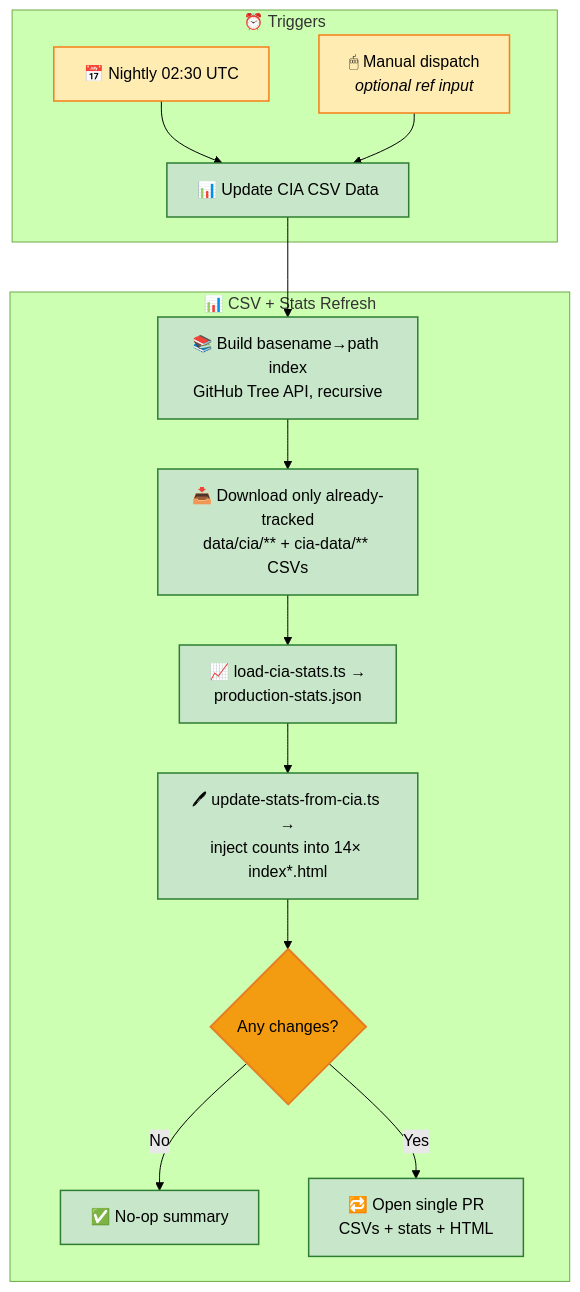
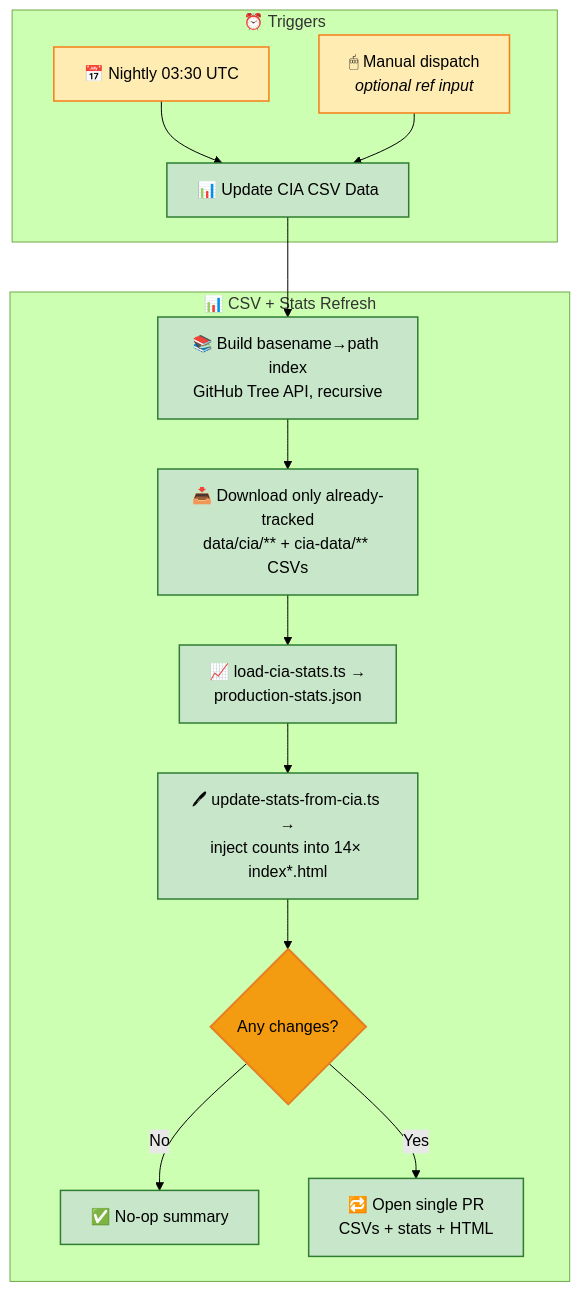
Before and after one commit to Hack23/riksdagsmonitor: the ninth of 13 diagrams in WORKFLOWS.md, drawn with Mermaid (forest theme). The commit also changed other lines of this file and 1 other file, not shown here.

````diff
--- a/WORKFLOWS.md
+++ b/WORKFLOWS.md
@@ -661,25 +661,25 @@
 ```mermaid
 flowchart TD
     subgraph "⏰ Triggers"
-        Nightly[📅 Nightly 02:30 UTC] --> Refresh[📊 Update CIA CSV Data]
+        Nightly[📅 Nightly 03:30 UTC] --> Refresh[📊 Update CIA CSV Data]
         Manual[🖱 Manual dispatch<br/><i>optional ref input</i>] --> Refresh
     end
 
     subgraph "📊 CSV + Stats Refresh"
         Refresh --> TreeIdx[📚 Build basename→path index<br/>GitHub Tree API, recursive]
         TreeIdx --> Download[📥 Download only already-tracked<br/>data/cia/** + cia-data/** CSVs]
         Download --> Stats[📈 load-cia-stats.ts →<br/>production-stats.json]
         Stats --> Inject[🖊 update-stats-from-cia.ts →<br/>inject counts into 14× index*.html]
         Inject --> Diff{Any changes?}
         Diff -->|No| NoOp[✅ No-op summary]
         Diff -->|Yes| AutoPR[🔁 Open single PR<br/>CSVs + stats + HTML]
     end
 
     classDef schedule fill:#ffecb3,stroke:#f57f17,stroke-width:1.5px,color:black
     classDef pipeline fill:#c8e6c9,stroke:#2e7d32,stroke-width:1.5px,color:black
     classDef decision fill:#f39c12,stroke:#e67e22,stroke-width:2px,color:black
 
     class Nightly,Manual schedule
     class Refresh,TreeIdx,Download,Stats,Inject,AutoPR,NoOp pipeline
     class Diff decision
 ```
````
